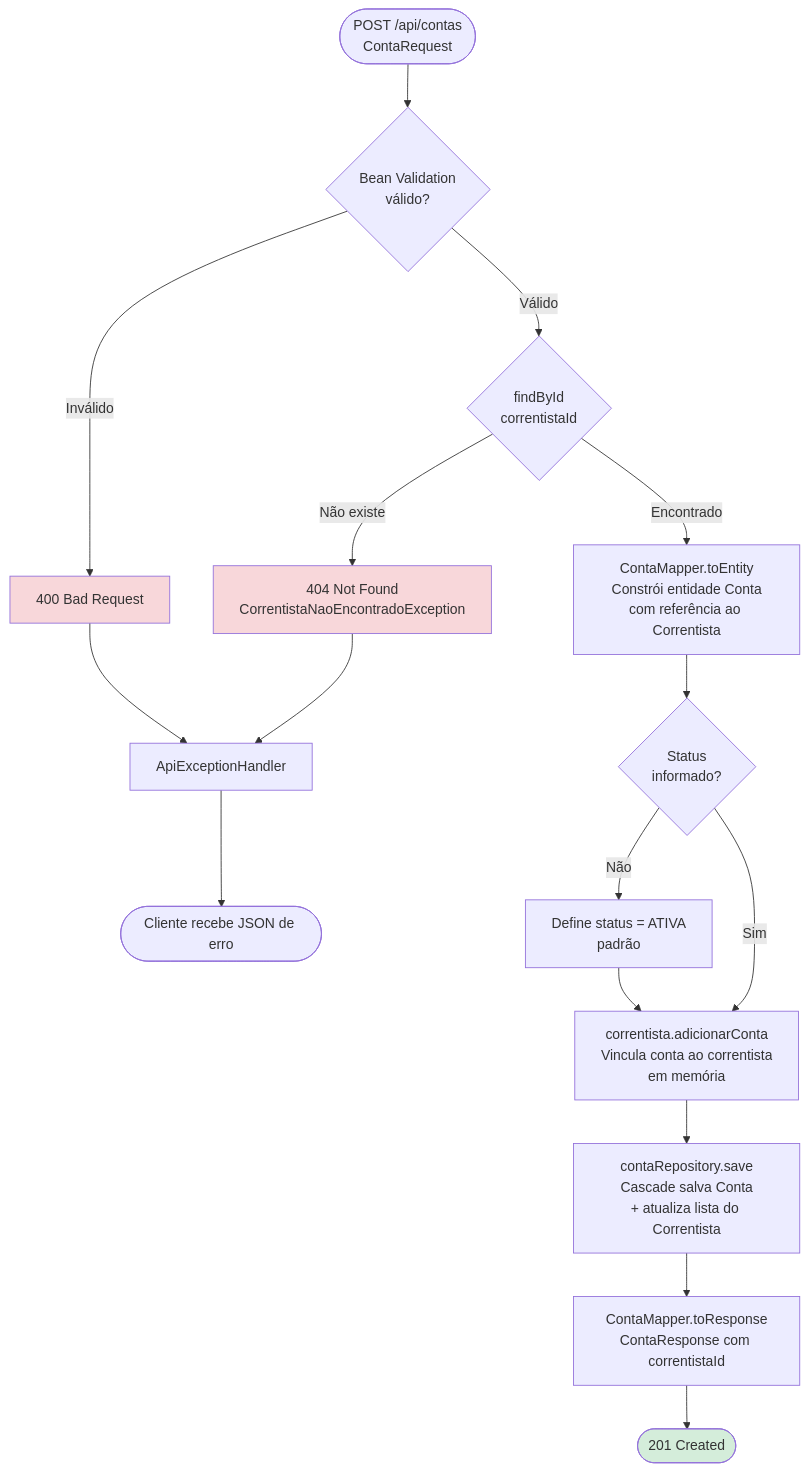
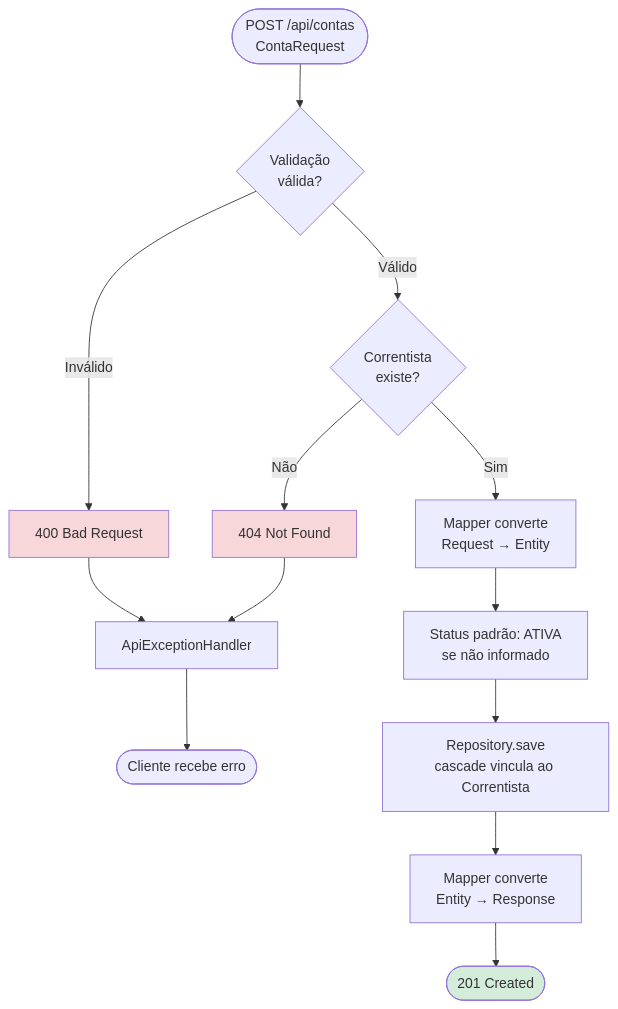
The sixth of 12 diagrams in fluxograma.md (GeciaraBoava/teste-bv), drawn with Mermaid before and after one commit. The commit also changed other lines of this file, not shown here.

Commit message:
📝  docs :: [project] :: atualiza fluxograma

````diff
--- a/fluxograma.md
+++ b/fluxograma.md
@@ -198,28 +176,24 @@
 ```mermaid
 flowchart TD
-    START([POST /api/contas<br/>ContaRequest]) --> VALID{Bean Validation<br/>válido?}
+    START([POST /api/contas<br/>ContaRequest]) --> VALID{Validação<br/>válida?}
 
     VALID -->|Inválido| ERR400[400 Bad Request]
-    VALID -->|Válido| FIND_CORR{findById<br/>correntistaId}
+    VALID -->|Válido| FIND_CORR{Correntista<br/>existe?}
 
-    FIND_CORR -->|Não existe| ERR404[404 Not Found<br/>CorrentistaNaoEncontradoException]
-    FIND_CORR -->|Encontrado| MAP[ContaMapper.toEntity<br/>Constrói entidade Conta<br/>com referência ao Correntista]
+    FIND_CORR -->|Não| ERR404[404 Not Found]
+    FIND_CORR -->|Sim| MAP[Mapper converte<br/>Request → Entity]
 
-    MAP --> STATUS{Status<br/>informado?}
-    STATUS -->|Não| DEF[Define status = ATIVA<br/>padrão]
-    STATUS -->|Sim| ADDConta
+    MAP --> DEF[Status padrão: ATIVA<br/>se não informado]
+    DEF --> SAVE[Repository.save<br/>cascade vincula ao Correntista]
 
-    DEF --> ADDConta[correntista.adicionarConta<br/>Vincula conta ao correntista<br/>em memória]
-    ADDConta --> SAVE[contaRepository.save<br/>Cascade salva Conta<br/>+ atualiza lista do Correntista]
-
-    SAVE --> RSP[ContaMapper.toResponse<br/>ContaResponse com correntistaId]
+    SAVE --> RSP[Mapper converte<br/>Entity → Response]
     RSP --> OK([201 Created])
 
     ERR400 --> HANDLER[ApiExceptionHandler]
     ERR404 --> HANDLER
-    HANDLER --> CLIENT([Cliente recebe JSON de erro])
+    HANDLER --> CLIENT([Cliente recebe erro])
 
     style ERR400 fill:#f8d7da
     style ERR404 fill:#f8d7da
     style OK fill:#d4edda
 ```
````
